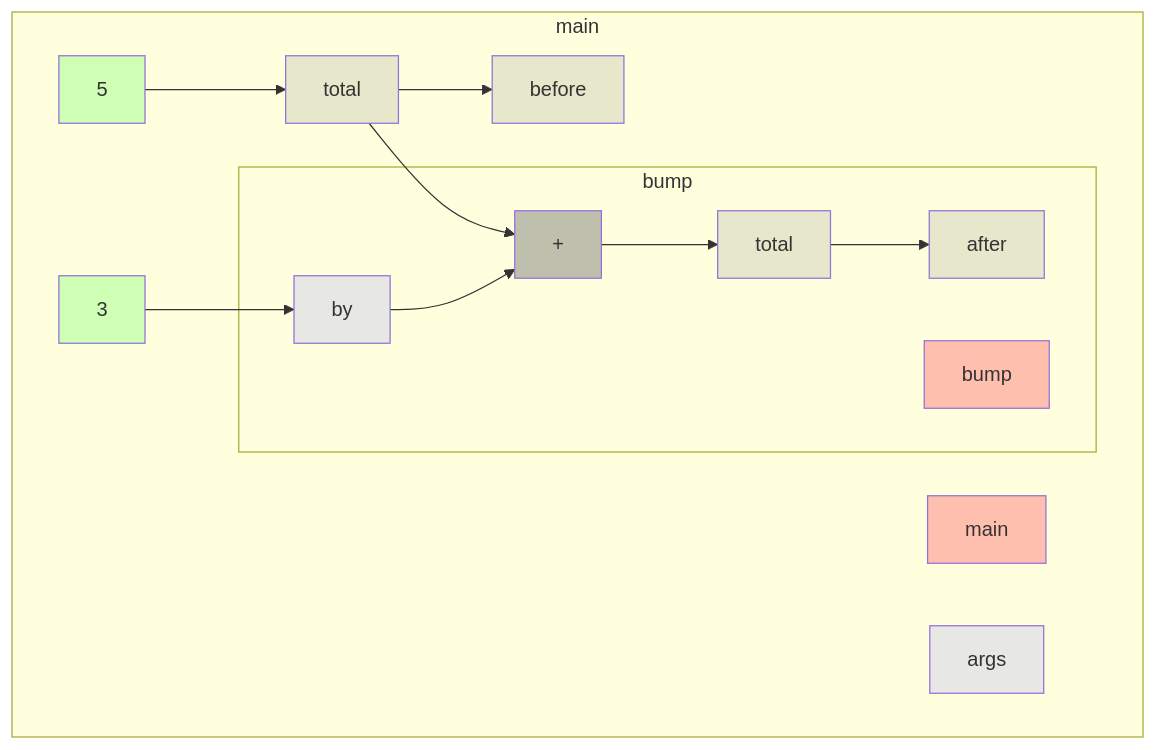
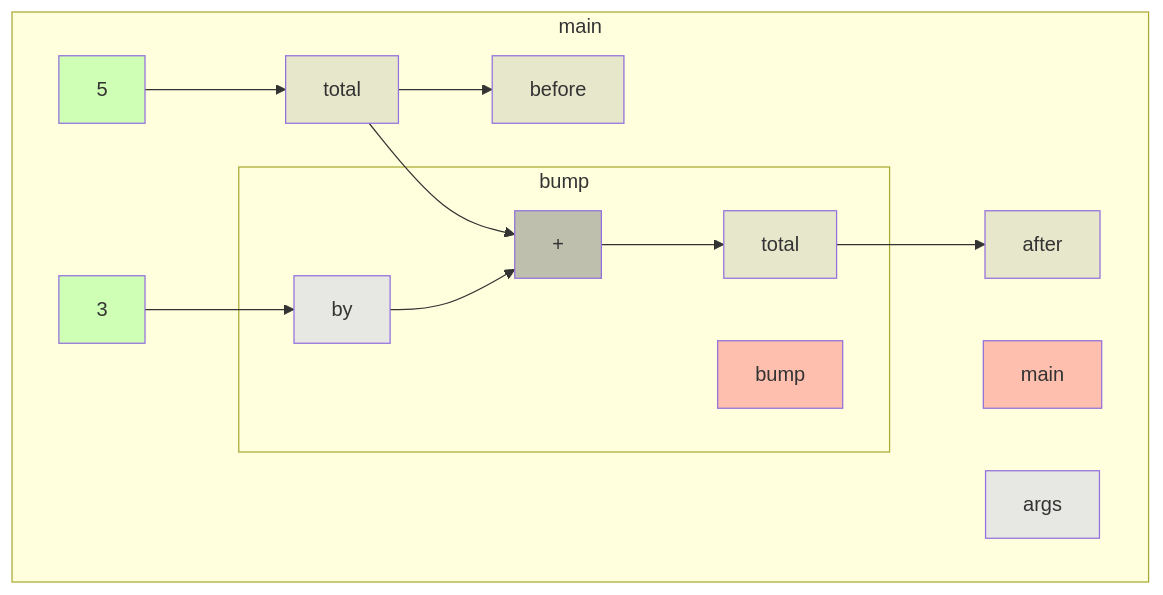
One commit to gstiebler/codeflow changed the diagram in app/src/test/resources/staticField/truth.md. Above: the diagram before and after it, drawn with Mermaid. The commit also changed 34 other files, not shown here.

````diff
--- a/app/src/test/resources/staticField/truth.md
+++ b/app/src/test/resources/staticField/truth.md
@@ -1,32 +1,32 @@
 ```mermaid
 flowchart TD
   subgraph b0["main"]
     n1[main]:::RETURN
     n2[args]:::FUNC_PARAM
     n3[5]:::LITERAL
     n4[total]:::VARIABLE
     n5[before]:::VARIABLE
     n6[3]:::LITERAL
     n12[after]:::VARIABLE
     n3[5]:::LITERAL --> n4[total]:::VARIABLE
     n4[total]:::VARIABLE --> n5[before]:::VARIABLE
     n4[total]:::VARIABLE --> n10[+]:::BIN_OP
     n6[3]:::LITERAL --> n9[by]:::FUNC_PARAM
+    n11[total]:::VARIABLE --> n12[after]:::VARIABLE
     subgraph b7["bump"]
       n8[bump]:::RETURN
       n9[by]:::FUNC_PARAM
       n10[+]:::BIN_OP
       n11[total]:::VARIABLE
       n9[by]:::FUNC_PARAM --> n10[+]:::BIN_OP
       n10[+]:::BIN_OP --> n11[total]:::VARIABLE
-      n11[total]:::VARIABLE --> n12[after]:::VARIABLE
     end
   end
   classDef LITERAL fill:#00FF0030
   classDef VARIABLE fill:#80808030
   classDef BIN_OP fill:#80808080
   classDef FUNC_PARAM fill:#8080FF30
   classDef RETURN fill:#FF808080
   classDef EXTERNAL fill:#FFA50040
   classDef UNMODELLED fill:#FF000030,stroke-dasharray: 4 2
 ```
````
